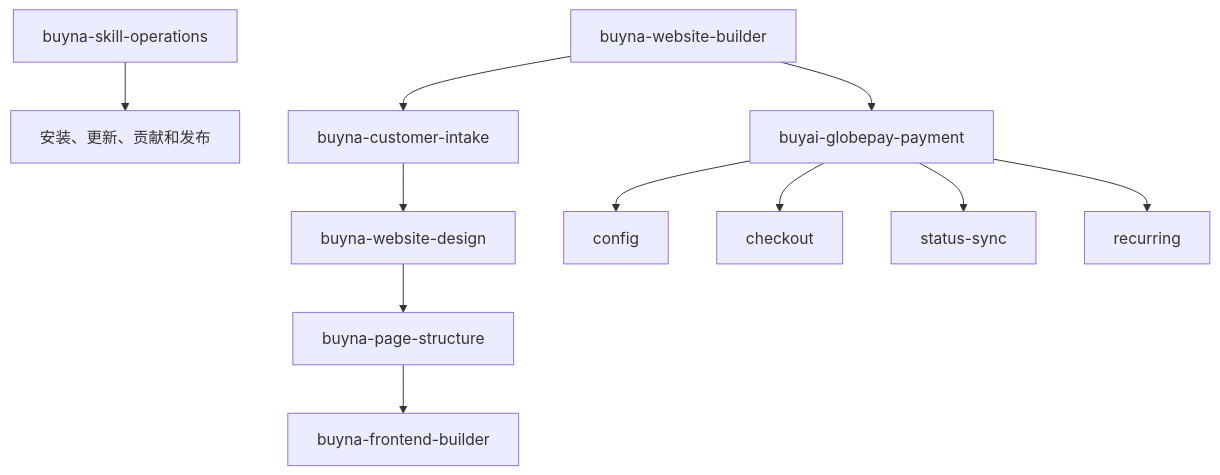
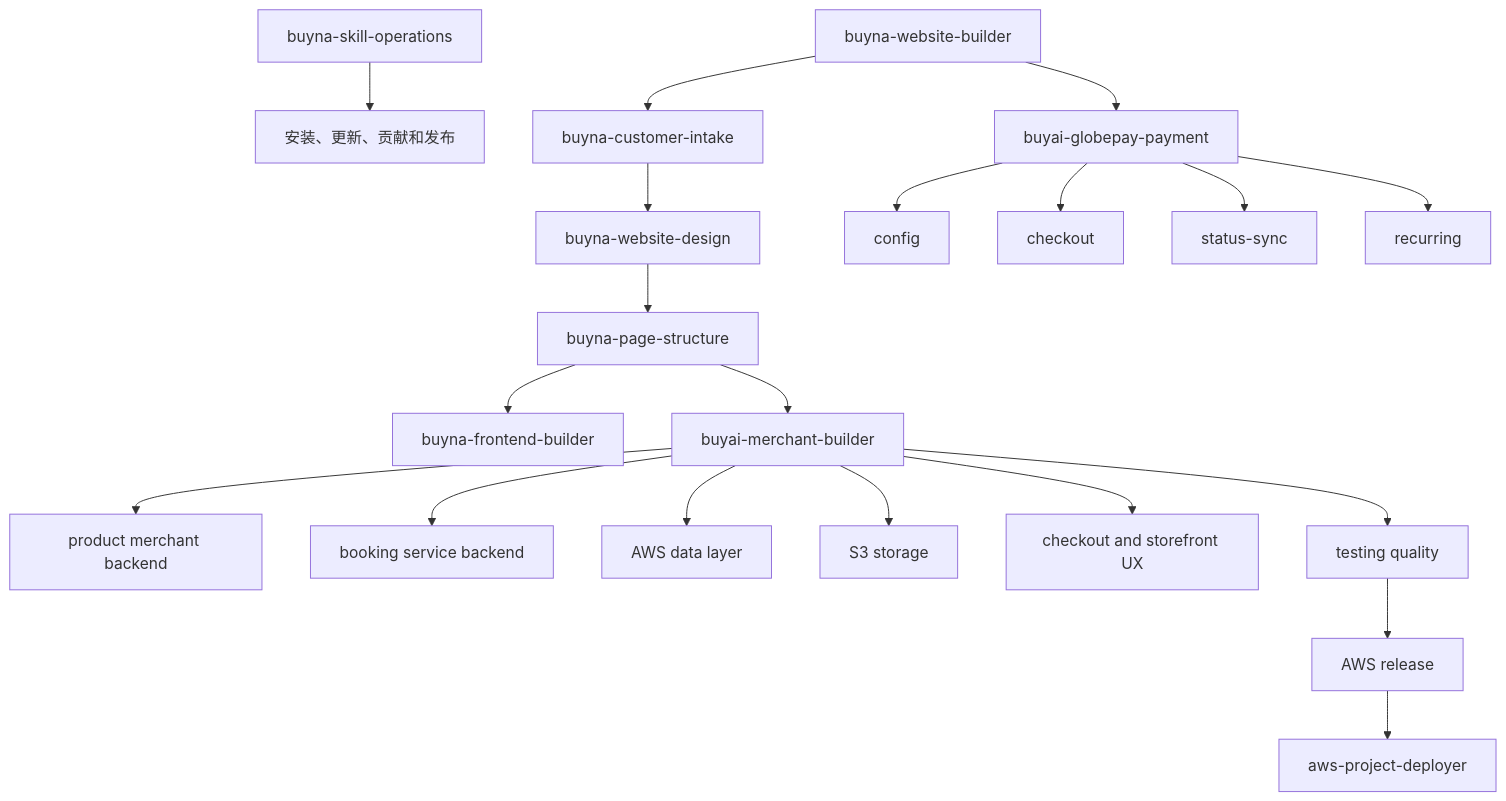
One commit to Kaku-shiko/buyna-agent-skills changed the diagram in docs/OPERATIONS_MANUAL.md. Above: the diagram before and after it, drawn with Mermaid. The commit also changed other lines of this file and 30 other files, not shown here.

Commit message:
Sync merchant backend skill suite

````diff
--- a/docs/OPERATIONS_MANUAL.md
+++ b/docs/OPERATIONS_MANUAL.md
@@ -50,13 +50,22 @@
 ```mermaid
 flowchart TD
     O[buyna-skill-operations] --> I[安装、更新、贡献和发布]
     B[buyna-website-builder] --> C[buyna-customer-intake]
     C --> D[buyna-website-design]
     D --> P[buyna-page-structure]
     P --> F[buyna-frontend-builder]
+    P --> M[buyai-merchant-builder]
+    M --> MP[product merchant backend]
+    M --> MB[booking service backend]
+    M --> DB[AWS data layer]
+    M --> S3[S3 storage]
+    M --> UX[checkout and storefront UX]
+    M --> T[testing quality]
+    T --> R[AWS release]
+    R --> A[aws-project-deployer]
     B --> G[buyai-globepay-payment]
     G --> GC[config]
     G --> GO[checkout]
     G --> GS[status-sync]
     G --> GR[recurring]
 ```
````
